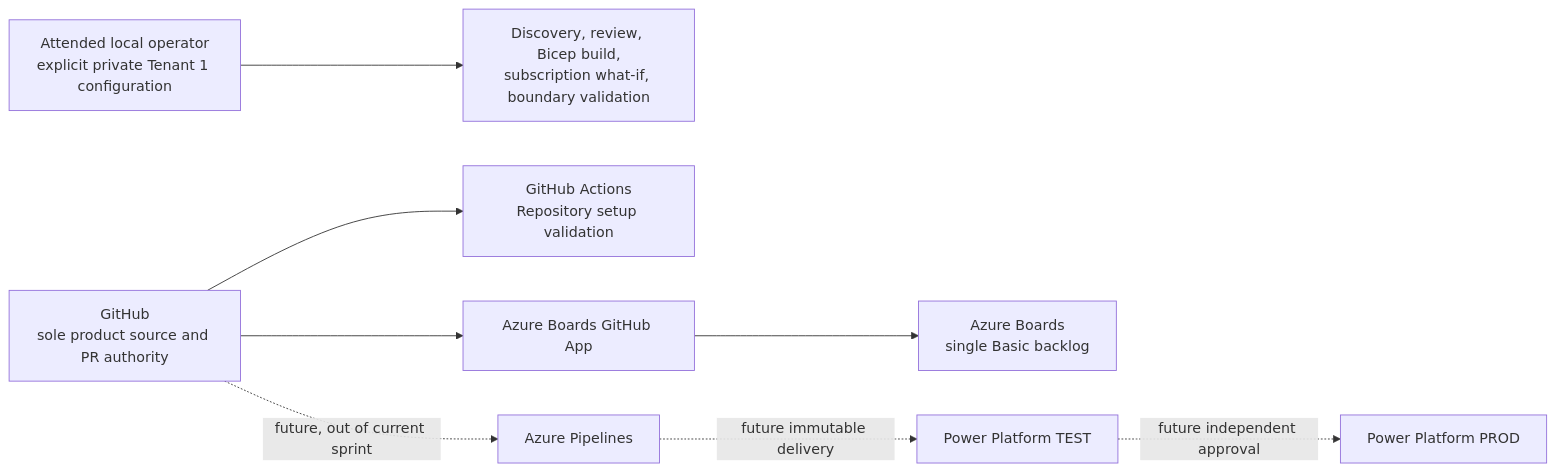
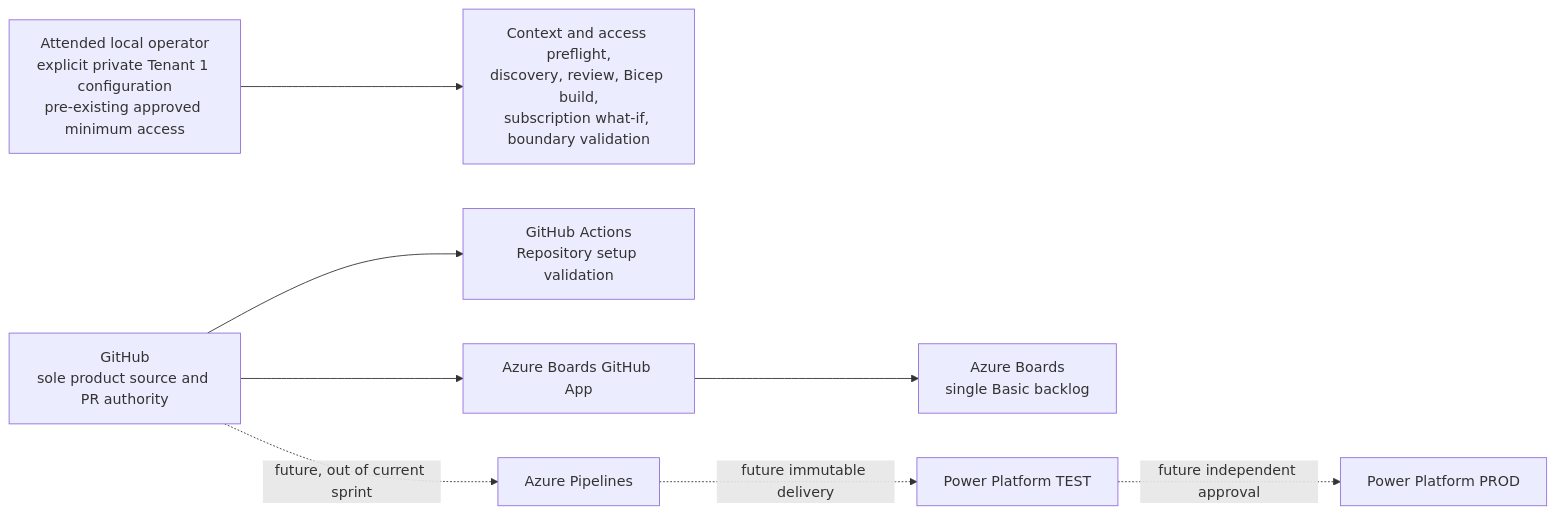
The diagram in docs/specs/2026-09-28-tenant-1-lean-engineering-platform-design.md (urruegg/caldova-hr-frontier), drawn with Mermaid before and after one commit. The commit also changed other lines of this file and 21 other files, not shown here.

````diff
--- a/docs/specs/2026-09-28-tenant-1-lean-engineering-platform-design.md
+++ b/docs/specs/2026-09-28-tenant-1-lean-engineering-platform-design.md
@@ -44,10 +44,10 @@
 ```mermaid
 flowchart LR
-    LOCAL["Attended local operator<br/>explicit private Tenant 1 configuration"] --> CHECKS["Discovery, review, Bicep build,<br/>subscription what-if, boundary validation"]
+    LOCAL["Attended local operator<br/>explicit private Tenant 1 configuration<br/>pre-existing approved minimum access"] --> CHECKS["Context and access preflight,<br/>discovery, review, Bicep build,<br/>subscription what-if, boundary validation"]
     GH["GitHub<br/>sole product source and PR authority"] --> VALIDATE["GitHub Actions<br/>Repository setup validation"]
     GH --> BOARDSAPP["Azure Boards GitHub App"]
     BOARDSAPP --> BOARDS["Azure Boards<br/>single Basic backlog"]
     GH -. "future, out of current sprint" .-> PIPE["Azure Pipelines"]
     PIPE -. "future immutable delivery" .-> TEST["Power Platform TEST"]
     TEST -. "future independent approval" .-> PROD["Power Platform PROD"]
 ```
````
